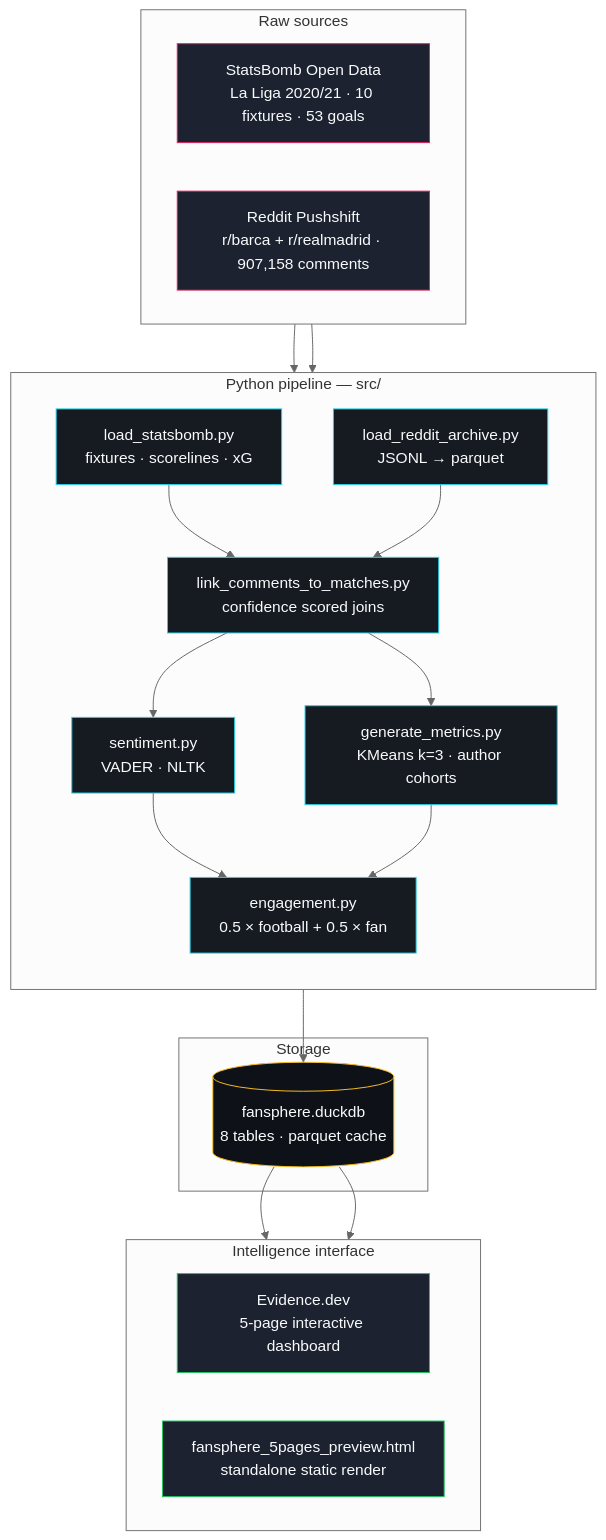
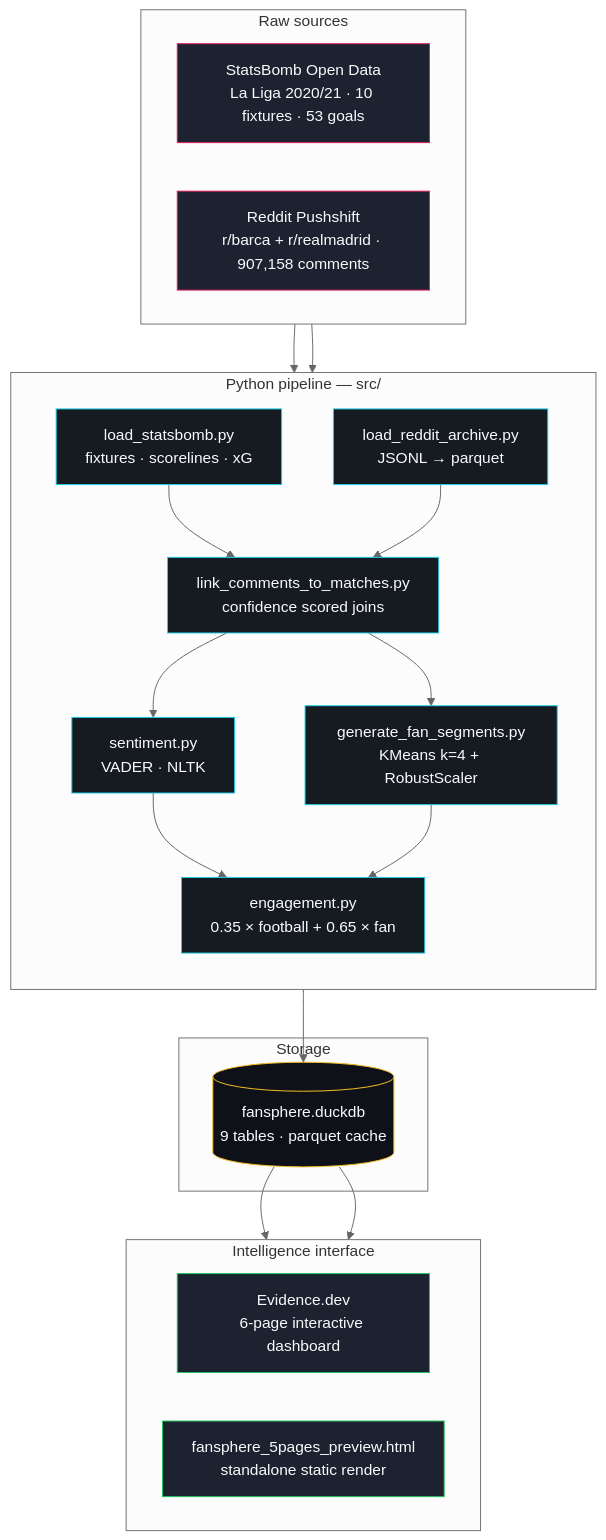
One commit to Prashant-upadhyay-Projects/FanSphere-AI changed the diagram in README.md. Above: the diagram before and after it, drawn with Mermaid (neutral theme). The commit also changed other lines of this file, not shown here.

````diff
--- a/README.md
+++ b/README.md
@@ -24,49 +24,49 @@
 ```mermaid
 flowchart TB
     subgraph SOURCES[" Raw sources "]
         direction LR
         S1["StatsBomb Open Data\nLa Liga 2020/21 · 10 fixtures · 53 goals"]
         S2["Reddit Pushshift\nr/barca + r/realmadrid · 907,158 comments"]
     end
 
     subgraph ETL[" Python pipeline — src/ "]
         direction TB
         E1["load_statsbomb.py\nfixtures · scorelines · xG"]
         E2["load_reddit_archive.py\nJSONL → parquet"]
         L1["link_comments_to_matches.py\nconfidence scored joins"]
         N1["sentiment.py\nVADER · NLTK"]
-        N2["generate_metrics.py\nKMeans k=3 · author cohorts"]
-        SC["engagement.py\n0.5 × football + 0.5 × fan"]
+        N2["generate_fan_segments.py\nKMeans k=4 + RobustScaler"]
+        SC["engagement.py\n0.35 × football + 0.65 × fan"]
     end
 
     subgraph STORE[" Storage "]
-        DB[("fansphere.duckdb\n8 tables · parquet cache")]
+        DB[("fansphere.duckdb\n9 tables · parquet cache")]
     end
 
     subgraph VIZ[" Intelligence interface "]
         direction LR
-        V1["Evidence.dev\n5-page interactive dashboard"]
+        V1["Evidence.dev\n6-page interactive dashboard"]
         V2["fansphere_5pages_preview.html\nstandalone static render"]
     end
 
     S1 --> E1
     S2 --> E2
     E1 --> L1
     E2 --> L1
     L1 --> N1
     L1 --> N2
     N1 --> SC
     N2 --> SC
     SC --> DB
     DB --> V1
     DB --> V2
 
     classDef src fill:#1C2230,stroke:#E11D5C,color:#F9FAFB
     classDef etl fill:#161B22,stroke:#22D3EE,color:#F9FAFB
     classDef store fill:#0E1117,stroke:#FBBF24,color:#F9FAFB
     classDef viz fill:#1C2230,stroke:#22C55E,color:#F9FAFB
     class S1,S2 src
     class E1,E2,L1,N1,N2,SC etl
     class DB store
     class V1,V2 viz
 ```
````
